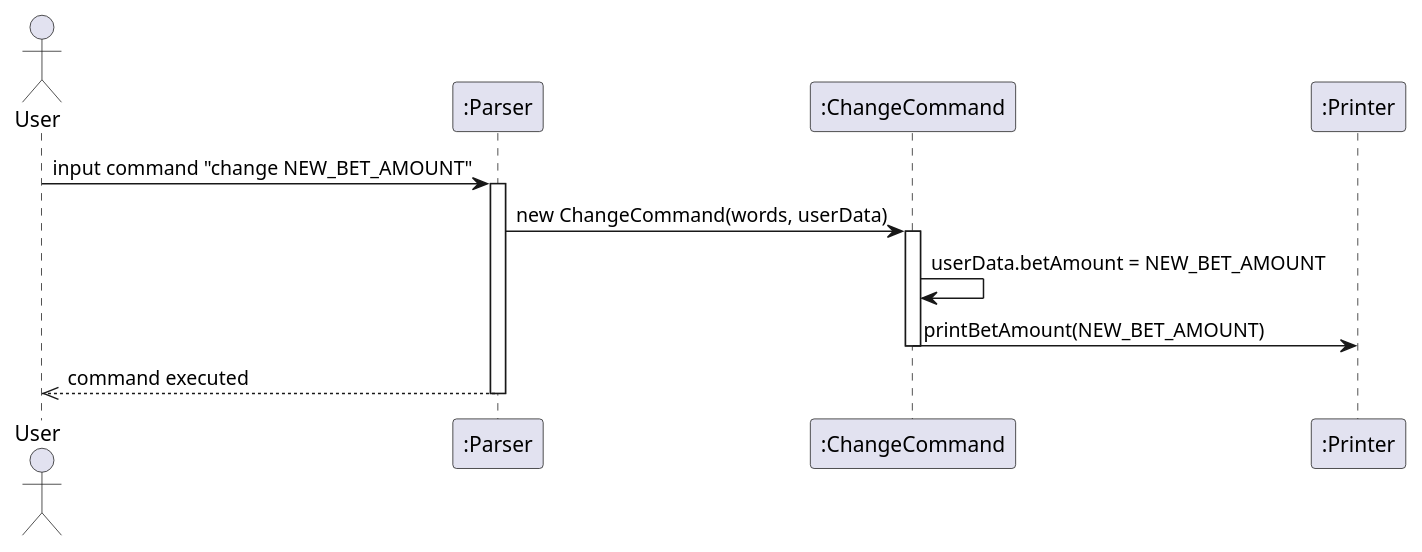
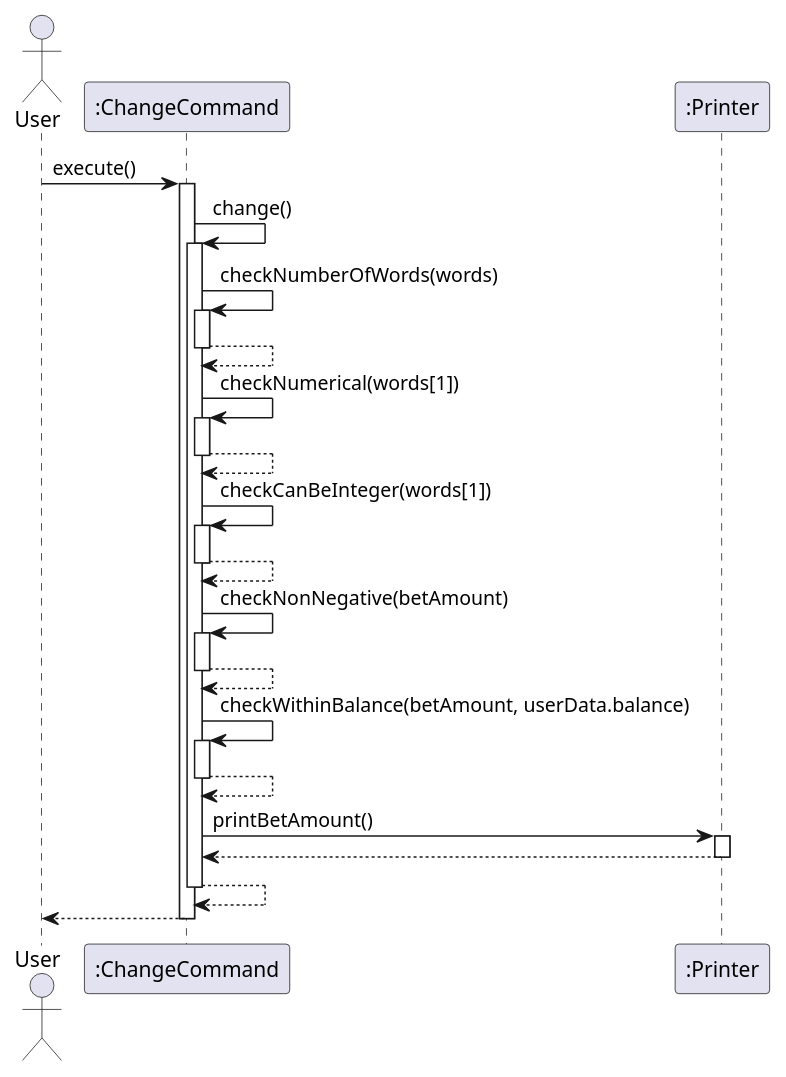
One commit to timothyloh0523/tp changed the diagram in docs/diagrams/change.puml. Above: the diagram before and after it, drawn with PlantUML. The commit also changed 12 other files, not shown here.

Commit message:
Add steps for features and edit sequence diagrams

```diff
--- a/docs/diagrams/change.puml
+++ b/docs/diagrams/change.puml
@@ -1,20 +1,41 @@
 @startuml
 actor User as User
-participant Parser as ":Parser"
 participant ChangeCommand as ":ChangeCommand"
 participant Printer as ":Printer"
 
-User -> Parser: input command "change NEW_BET_AMOUNT"
-activate Parser
-
-Parser -> ChangeCommand: new ChangeCommand(words, userData)
+User -> ChangeCommand: execute()
 activate ChangeCommand
 
-ChangeCommand -> ChangeCommand: userData.betAmount = NEW_BET_AMOUNT
 
-ChangeCommand -> Printer: printBetAmount(NEW_BET_AMOUNT)
+ChangeCommand -> ChangeCommand: change()
+activate ChangeCommand
+ChangeCommand -> ChangeCommand: checkNumberOfWords(words)
+activate ChangeCommand
+ChangeCommand --> ChangeCommand
+deactivate ChangeCommand
+ChangeCommand -> ChangeCommand: checkNumerical(words[1])
+activate ChangeCommand
+ChangeCommand --> ChangeCommand
+deactivate ChangeCommand
+ChangeCommand -> ChangeCommand: checkCanBeInteger(words[1])
+activate ChangeCommand
+ChangeCommand --> ChangeCommand
+deactivate ChangeCommand
+ChangeCommand -> ChangeCommand: checkNonNegative(betAmount)
+activate ChangeCommand
+ChangeCommand --> ChangeCommand
+deactivate ChangeCommand
+ChangeCommand -> ChangeCommand: checkWithinBalance(betAmount, userData.balance)
+activate ChangeCommand
+ChangeCommand --> ChangeCommand
 deactivate ChangeCommand
 
-Parser -->> User: command executed
-deactivate Parser
+ChangeCommand -> Printer: printBetAmount()
+activate Printer
+Printer --> ChangeCommand
+deactivate Printer
+ChangeCommand --> ChangeCommand
+deactivate ChangeCommand
+ChangeCommand --> User
+deactivate ChangeCommand
 @enduml
```
